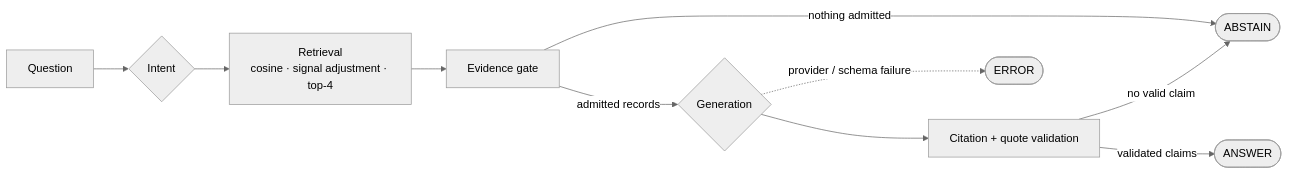
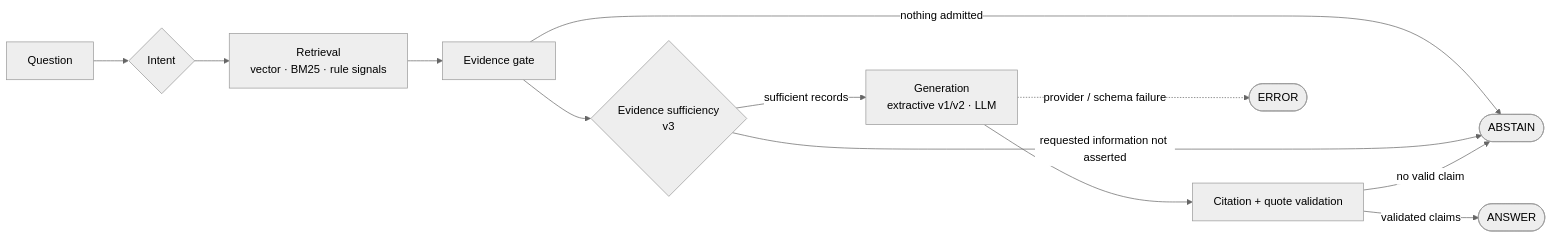
One commit to LorenzoNMachado/decision-intelligence-rag changed the diagram in README.md. Above: the diagram before and after it, drawn with Mermaid (neutral theme). The commit also changed other lines of this file and 8 other files, not shown here.

````diff
--- a/README.md
+++ b/README.md
@@ -42,12 +45,14 @@
 ```mermaid
 flowchart LR
     Q[Question] --> I{Intent}
-    I --> R[Retrieval<br/>cosine · signal adjustment · top-4]
+    I --> R[Retrieval<br/>vector · BM25 · rule signals]
     R --> G[Evidence gate]
     G -->|nothing admitted| AB([ABSTAIN])
-    G -->|admitted records| GEN{Generation}
+    G --> S{Evidence sufficiency<br/>v3}
+    S -->|requested information not asserted| AB
+    S -->|sufficient records| GEN[Generation<br/>extractive v1/v2 · LLM]
     GEN --> V[Citation + quote validation]
     V -->|validated claims| AN([ANSWER])
     V -->|no valid claim| AB
     GEN -. provider / schema failure .-> ER([ERROR])
 ```
````
